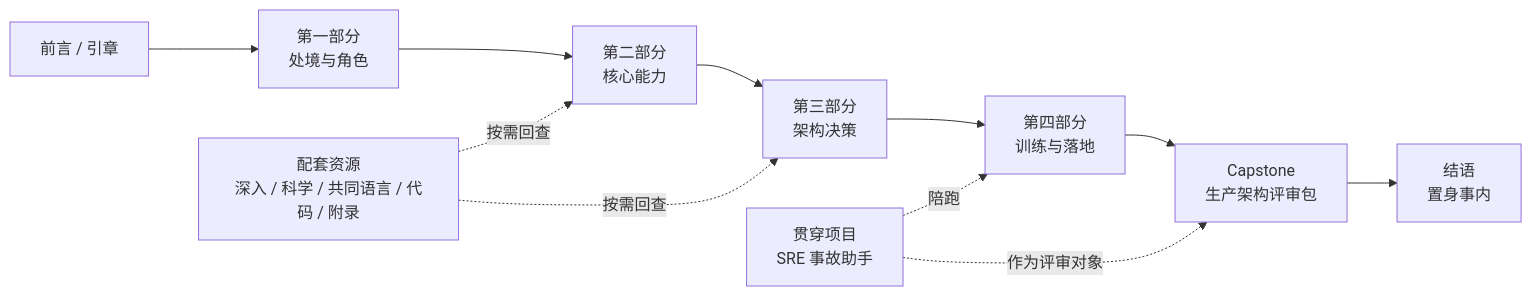
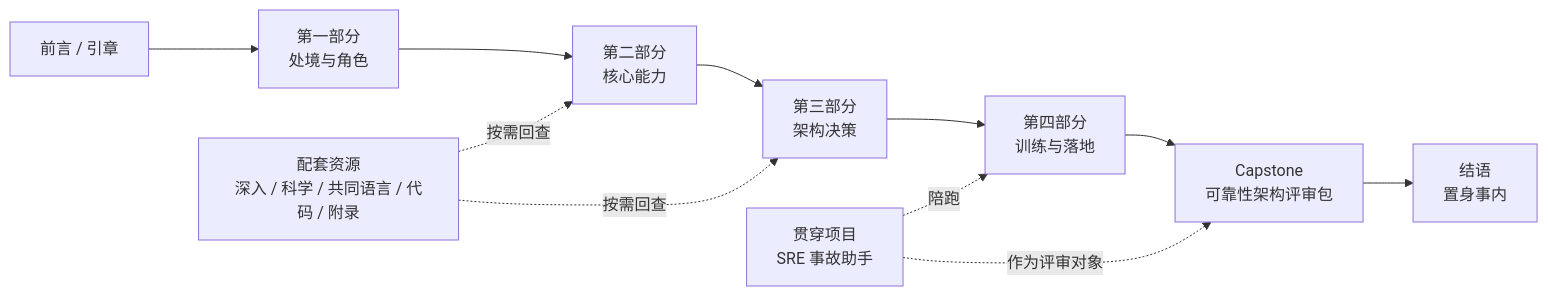
The diagram in 学习路线图.md (oh-my-vibe-coding/ai-reliability-architecture), drawn with Mermaid before and after one commit. The commit also changed other lines of this file and 21 other files, not shown here.

````diff
--- a/学习路线图.md
+++ b/学习路线图.md
@@ -20,14 +20,14 @@
 ```mermaid
 flowchart LR
     A[前言 / 引章] --> P1[第一部分<br/>处境与角色]
     P1 --> P2[第二部分<br/>核心能力]
     P2 --> P3[第三部分<br/>架构决策]
     P3 --> P4[第四部分<br/>训练与落地]
-    P4 --> Cap[Capstone<br/>生产架构评审包]
+    P4 --> Cap[Capstone<br/>可靠性架构评审包]
     Cap --> End[结语<br/>置身事内]
 
     Tool[配套资源<br/>深入 / 科学 / 共同语言 / 代码 / 附录] -.按需回查.-> P2
     Tool -.按需回查.-> P3
     Project[贯穿项目<br/>SRE 事故助手] -.陪跑.-> P4
     Project -.作为评审对象.-> Cap
 ```
````
